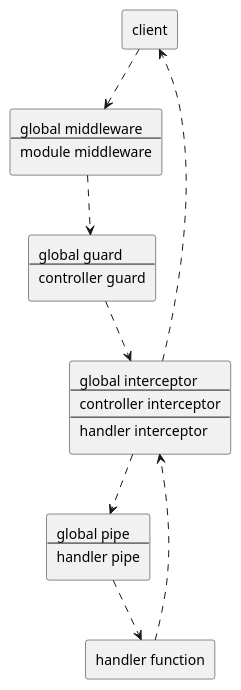
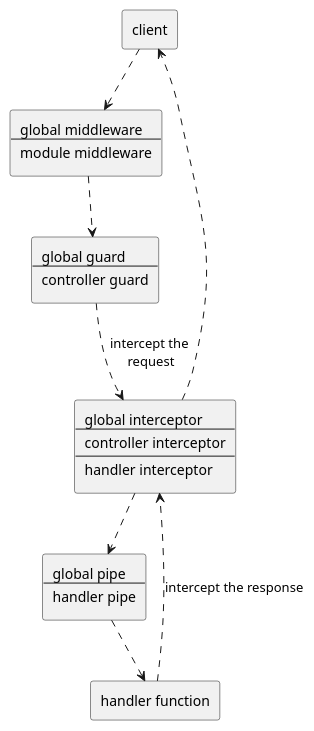
The diagram in documentation/plantuml/components.puml (devonfw/devon4ts), drawn with PlantUML before and after one commit. The commit also changed 5 other files, not shown here.

```diff
--- a/documentation/plantuml/components.puml
+++ b/documentation/plantuml/components.puml
@@ -1,40 +1,40 @@
 @startuml componets
 agent client as cli
 
 rectangle middleware [
   global middleware
   ----
   module middleware
 ]
 
 rectangle guard [
   global guard
   ----
   controller guard
 ]
 
 rectangle interceptor [
   global interceptor
   ----
   controller interceptor
   ----
   handler interceptor
 ]
 
 rectangle pipe [
   global pipe
   ----
   handler pipe
 ]
 
 agent "handler function" as handler
 
 cli ..> middleware
 middleware ..> guard
-guard ..> interceptor
+guard ..> interceptor : intercept the\n request
 interceptor ..> pipe
 pipe ..> handler
-handler ..> interceptor
+handler ..> interceptor : intercept the response
 interceptor ..> cli
 
 @enduml
```
